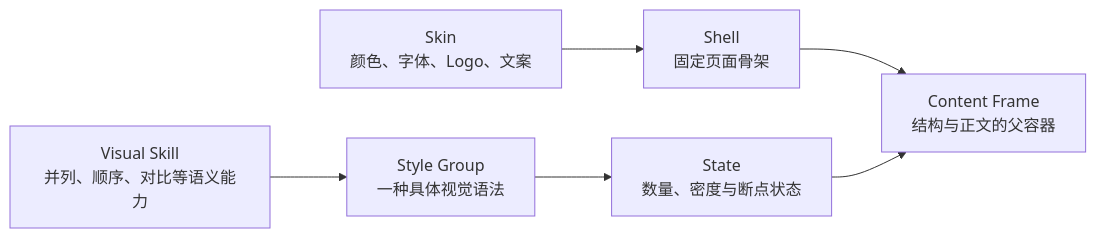
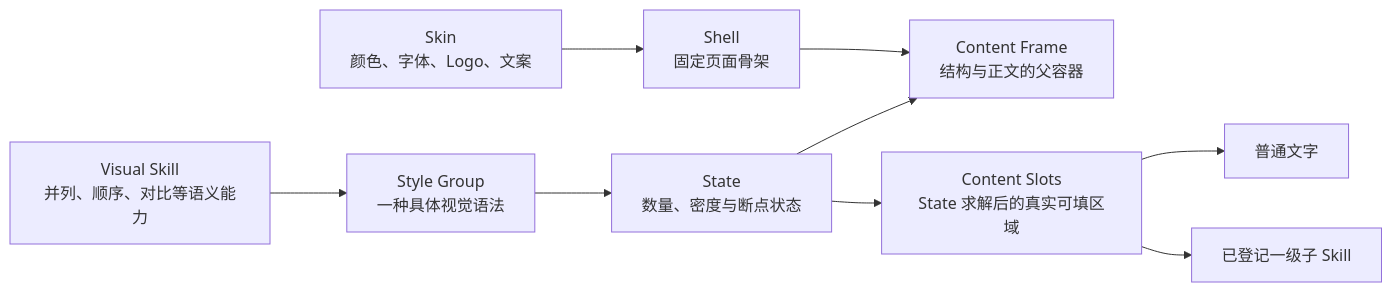
The diagram in docs/Shell与Visual Skill契约.md (NEUwpy/PPagenT), drawn with Mermaid before and after one commit. The commit also changed other lines of this file and 33 other files, not shown here.

````diff
--- a/docs/Shell与Visual Skill契约.md
+++ b/docs/Shell与Visual Skill契约.md
@@ -7,8 +7,11 @@
 ```mermaid
 flowchart LR
     A["Skin\n颜色、字体、Logo、文案"] --> B["Shell\n固定页面骨架"]
     B --> C["Content Frame\n结构与正文的父容器"]
     D["Visual Skill\n并列、顺序、对比等语义能力"] --> E["Style Group\n一种具体视觉语法"]
     E --> F["State\n数量、密度与断点状态"]
     F --> C
+    F --> G["Content Slots\nState 求解后的真实可填区域"]
+    G --> H["普通文字"]
+    G --> I["已登记一级子 Skill"]
 ```
````
